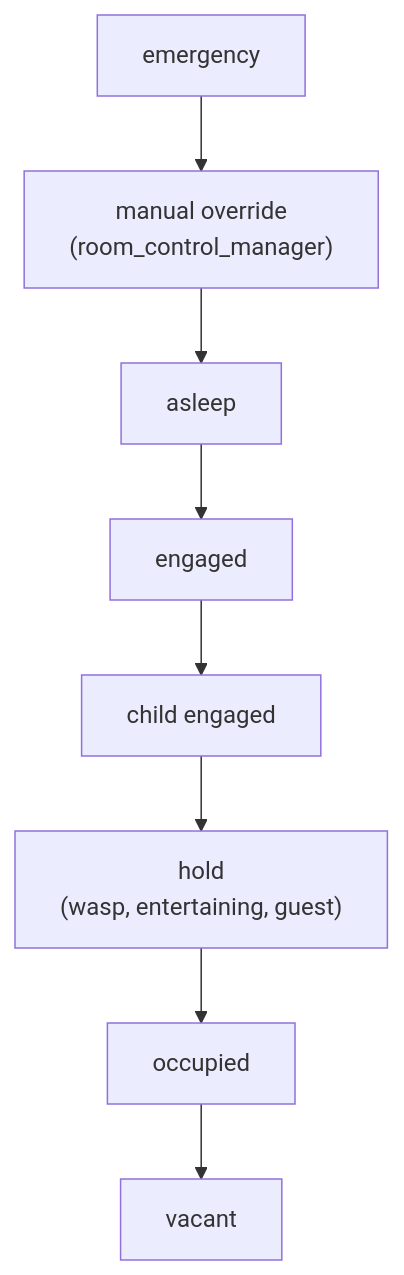
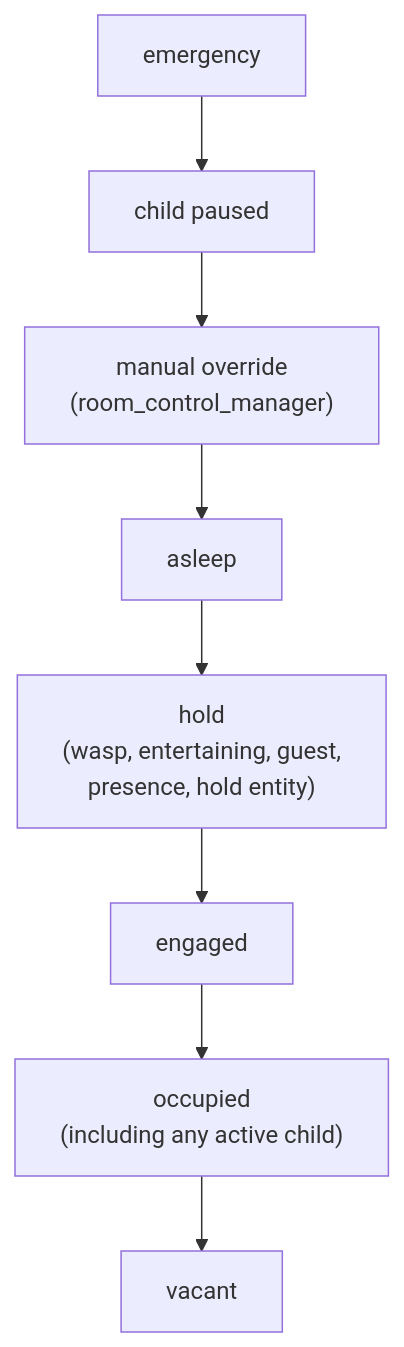
One commit to nathan-curtis/zenos-ai changed the first of 2 diagrams in zenos_ai/docs/architecture/16_live_state.md. Above: the diagram before and after it, drawn with Mermaid. The commit also changed other lines of this file, not shown here.

Commit message:
docs(2026.11.0): Book ch. 16 room ladder matches the resolver
Hold ranks above engaged; a child room holds its parent at occupied,
never higher, and an offline child counts for nothing; child paused
cascades; the wasp flag holds until a door opens.

Claude-Session: https://claude.ai/code/session_01WwCjaWQPJyNbmaWhqEpNDe

````diff
--- a/zenos_ai/docs/architecture/16_live_state.md
+++ b/zenos_ai/docs/architecture/16_live_state.md
@@ -15,10 +15,10 @@
 ```mermaid
 flowchart TD
-  A["emergency"] --> B["manual override<br/>(room_control_manager)"]
+  A["emergency"] --> P["child paused"]
+  P --> B["manual override<br/>(room_control_manager)"]
   B --> C["asleep"]
-  C --> D["engaged"]
-  D --> E["child engaged"]
-  E --> F["hold<br/>(wasp, entertaining, guest)"]
-  F --> G["occupied"]
+  C --> F["hold<br/>(wasp, entertaining, guest,<br/>presence, hold entity)"]
+  F --> D["engaged"]
+  D --> G["occupied<br/>(including any active child)"]
   G --> H["vacant"]
 ```
````
